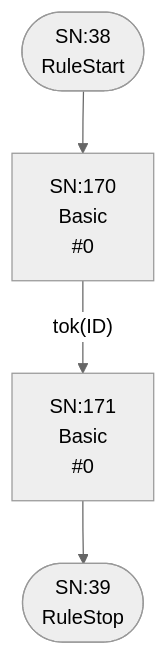
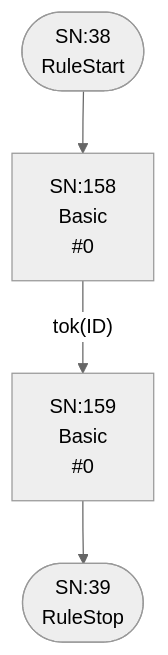
Diagram 20 of 25 in internal/grammar/atn.md (TypeFox/fastbelt), drawn with Mermaid (neutral theme) before and after one commit. The commit also changed other lines of this file and 5 other files, not shown here.

````diff
--- a/internal/grammar/atn.md
+++ b/internal/grammar/atn.md
@@ -616,11 +625,11 @@
 ```mermaid
 flowchart TD
     q38(["SN:38<br/>RuleStart"])
     q39(["SN:39<br/>RuleStop"])
-    q170["SN:170<br/>Basic<br/> #0"]
-    q171["SN:171<br/>Basic<br/> #0"]
+    q158["SN:158<br/>Basic<br/> #0"]
+    q159["SN:159<br/>Basic<br/> #0"]
 
-    q38 --> q170
-    q170 -->|"tok(ID)"| q171
-    q171 --> q39
+    q38 --> q158
+    q158 -->|"tok(ID)"| q159
+    q159 --> q39
 ```
````
